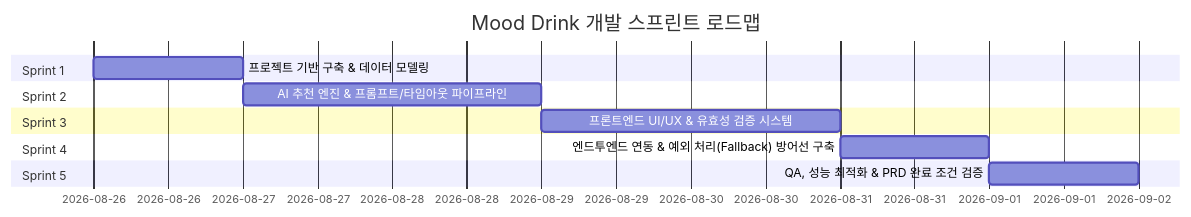
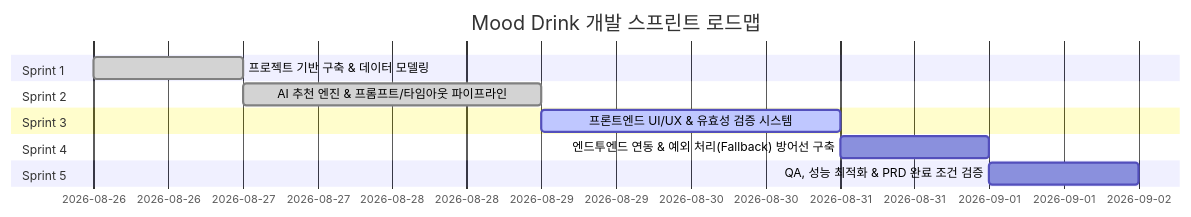
Before and after one commit to seodongheon/mood_drink: the diagram in docs/DEVELOPMENT_PLAN.md, drawn with Mermaid. The commit also changed other lines of this file and 1 other file, not shown here.

````diff
--- a/docs/DEVELOPMENT_PLAN.md
+++ b/docs/DEVELOPMENT_PLAN.md
@@ -36,15 +36,15 @@
 ```mermaid
 gantt
     title Mood Drink 개발 스프린트 로드맵
     dateFormat  YYYY-MM-DD
     section Sprint 1
-    프로젝트 기반 구축 & 데이터 모델링     :s1, 2026-08-26, 1d
+    프로젝트 기반 구축 & 데이터 모델링     :done, s1, 2026-08-26, 1d
     section Sprint 2
-    AI 추천 엔진 & 프롬프트/타임아웃 파이프라인 :s2, after s1, 2d
+    AI 추천 엔진 & 프롬프트/타임아웃 파이프라인 :done, s2, after s1, 2d
     section Sprint 3
-    프론트엔드 UI/UX & 유효성 검증 시스템    :s3, after s2, 2d
+    프론트엔드 UI/UX & 유효성 검증 시스템    :active, s3, after s2, 2d
     section Sprint 4
     엔드투엔드 연동 & 예외 처리(Fallback) 방어선 구축 :s4, after s3, 1d
     section Sprint 5
     QA, 성능 최적화 & PRD 완료 조건 검증      :s5, after s4, 1d
 ```
````
